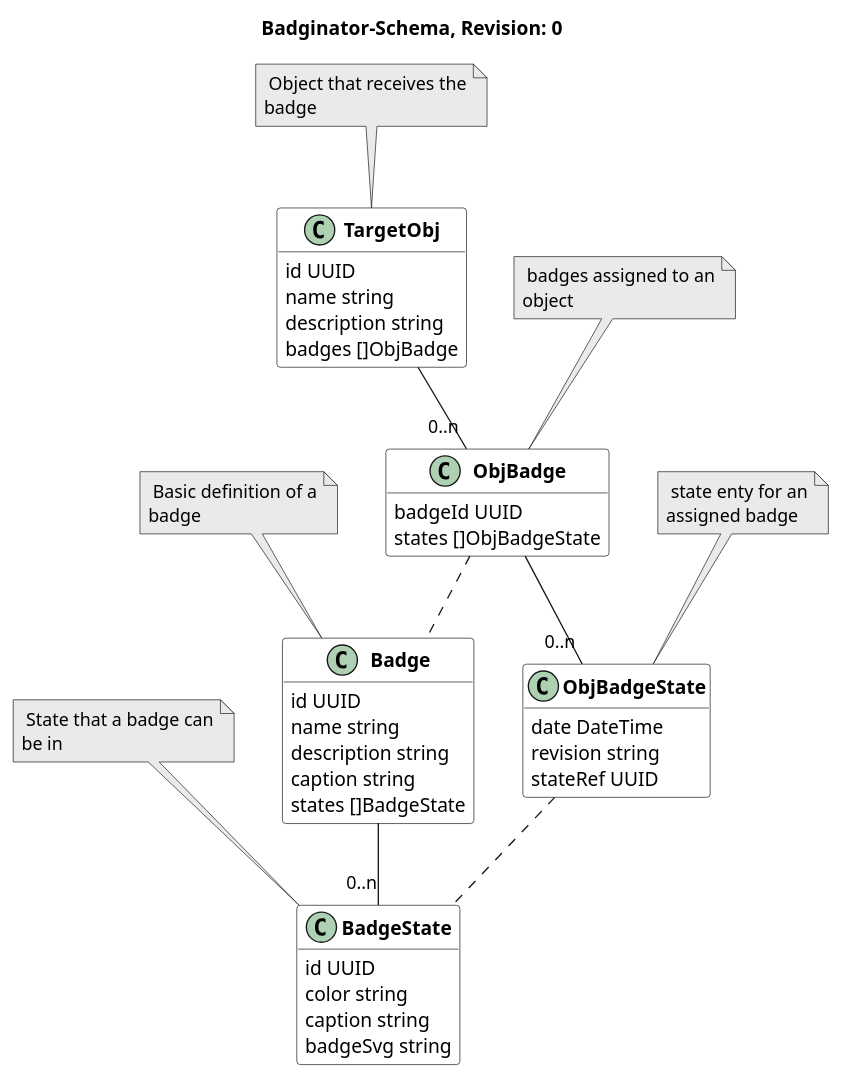
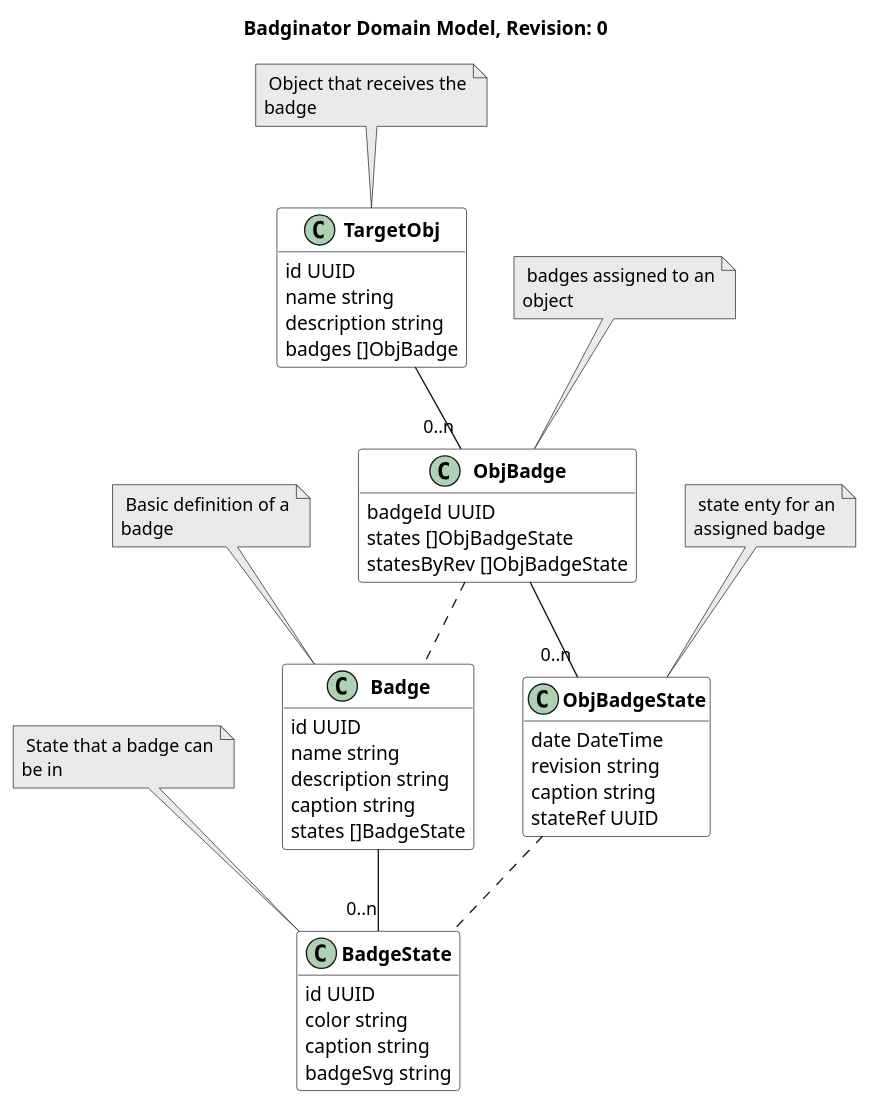
The diagram in docs/puml/badginator_model.puml (OkieOth/badginator), drawn with PlantUML before and after one commit. The commit also changed 7 other files, not shown here.

```diff
--- a/docs/puml/badginator_model.puml
+++ b/docs/puml/badginator_model.puml
@@ -1,80 +1,82 @@
 @startuml
 hide empty methods
 skinparam noteBackgroundColor #EAEAEA
 
-title Badginator-Schema, Revision: 0
+title Badginator Domain Model, Revision: 0
 
 class "**Badge**" as Badge  #FFFFFF {
   id UUID
   name string
   description string
   caption string
   states []BadgeState
 }
 
 
 
 note top of Badge
    Basic definition of a
   badge
 end note
 
 class "**BadgeState**" as BadgeState  #FFFFFF {
   id UUID
   color string
   caption string
   badgeSvg string
 }
 
 
 
 note top of BadgeState
    State that a badge can
   be in
 end note
 
 class "**TargetObj**" as TargetObj  #FFFFFF {
   id UUID
   name string
   description string
   badges []ObjBadge
 }
 
 
 
 note top of TargetObj
    Object that receives the
   badge
 end note
 
 class "**ObjBadge**" as ObjBadge  #FFFFFF {
   badgeId UUID
   states []ObjBadgeState
+  statesByRev []ObjBadgeState
 }
 
 
 
 note top of ObjBadge
    badges assigned to an
   object
 end note
 
 class "**ObjBadgeState**" as ObjBadgeState  #FFFFFF {
   date DateTime
   revision string
+  caption string
   stateRef UUID
 }
 
 
 
 note top of ObjBadgeState
    state enty for an
   assigned badge
 end note
 Badge -- "0..n" BadgeState
 TargetObj -- "0..n" ObjBadge
 ObjBadge -- "0..n" ObjBadgeState
 ObjBadge .. Badge
 ObjBadgeState .. BadgeState
 
 @enduml
```
